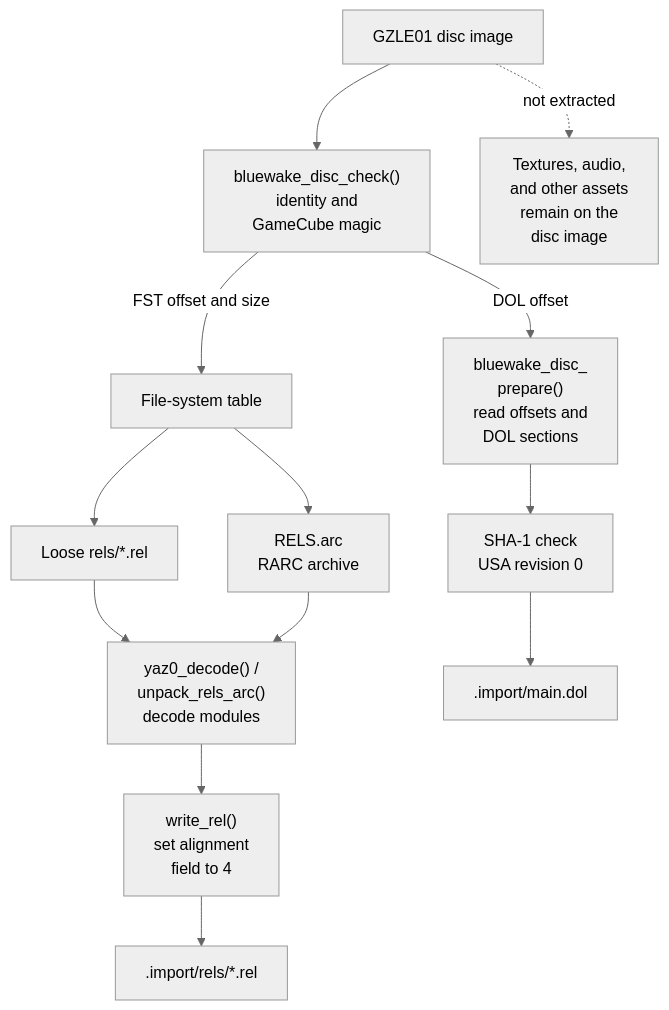
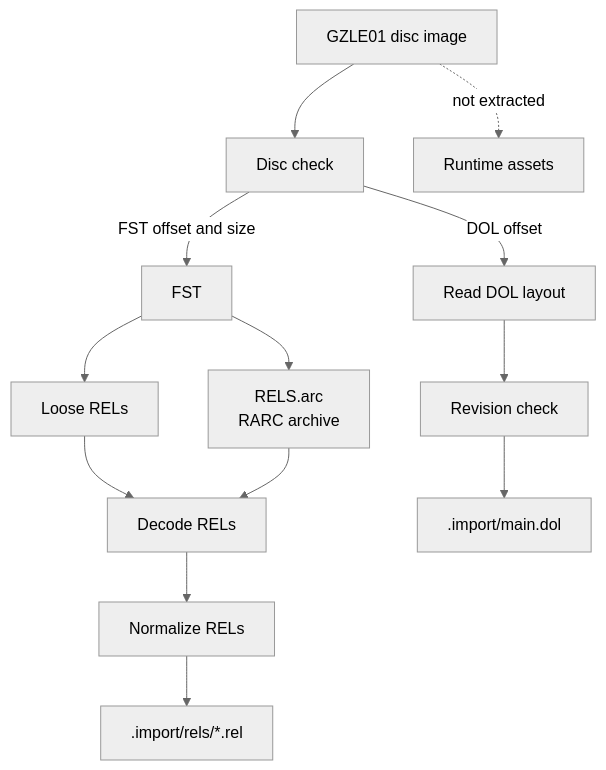
The fifth of 10 diagrams in docs/architecture/Build.md (Aelbannan/boat_of_daphnes), drawn with Mermaid (neutral theme) before and after one commit. The commit also changed other lines of this file, not shown here.

Commit message:
Simplify build diagrams

````diff
--- a/docs/architecture/Build.md
+++ b/docs/architecture/Build.md
@@ -350,37 +313,24 @@
 ```mermaid
 flowchart TD
     Disc["GZLE01 disc image"]
-    Header["`bluewake_disc_check()
-identity and
-GameCube magic`"]
-    Dol["`bluewake_disc_
-prepare()
-read offsets and
-DOL sections`"]
-    Revision["`SHA-1 check
-USA revision 0`"]
-    FST["File-system table"]
-    Loose["Loose rels/*.rel"]
+    Header["Disc check"]
+    Dol["Read DOL layout"]
+    Revision["Revision check"]
+    FST["FST"]
+    Loose["Loose RELs"]
     Archive["`RELS.arc
 RARC archive`"]
-    Decode["`yaz0_decode() /
-unpack_rels_arc()
-decode modules`"]
-    Normalize["`write_rel()
-set alignment
-field to 4`"]
+    Decode["Decode RELs"]
+    Normalize["Normalize RELs"]
     StagedDol[".import/main.dol"]
     StagedRels[".import/rels/*.rel"]
-    Runtime["`Textures, audio,
-and other assets
-remain on the
-disc image`"]
+    Runtime["Runtime assets"]
 
     Disc --> Header
     Header -->|DOL offset| Dol --> Revision --> StagedDol
     Header -->|FST offset and size| FST
     FST --> Loose --> Decode
     FST --> Archive --> Decode
     Decode --> Normalize --> StagedRels
     Disc -. "not extracted" .-> Runtime
 ```
````
